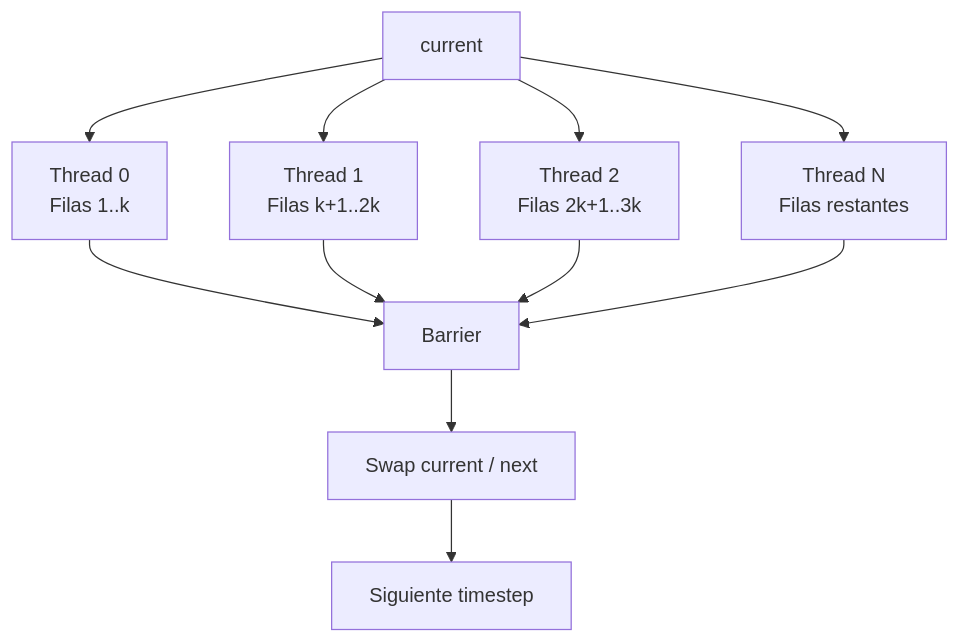
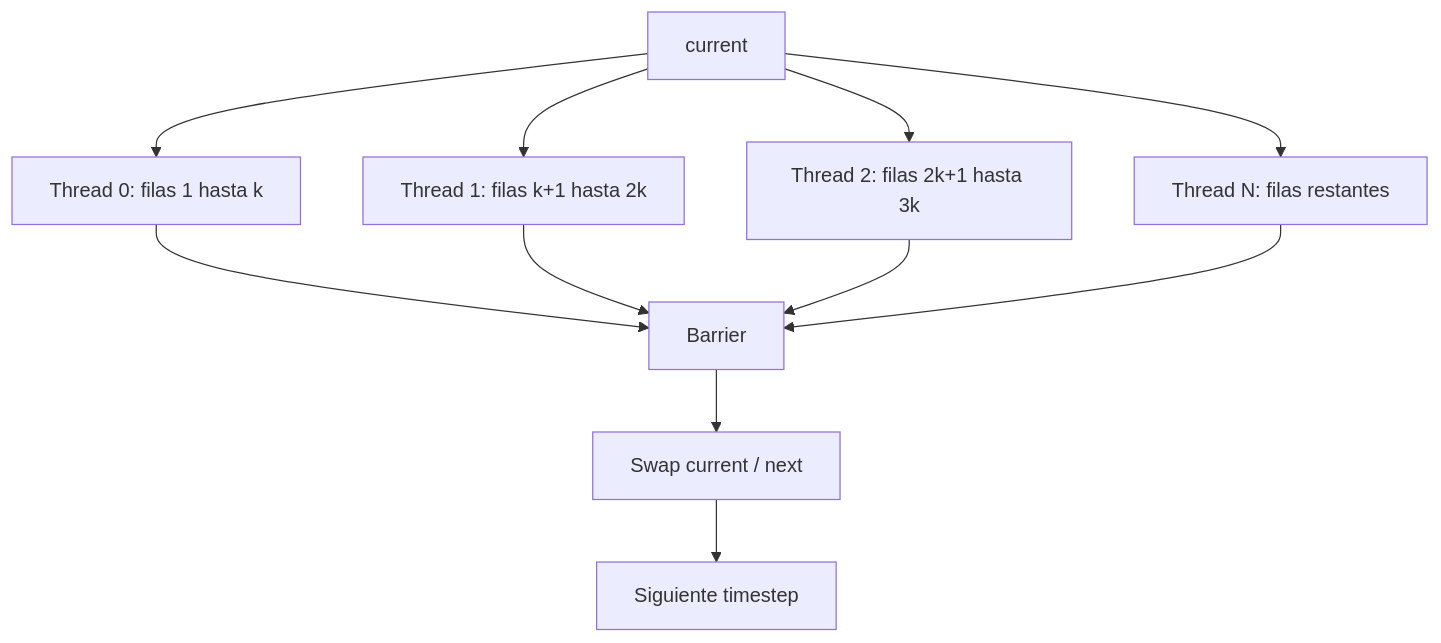
Before and after one commit to MauNav04/mnavarro_ymonge_echavarria_ffuchs_a2_2026_s2: the third of 3 diagrams in proyecto1/problems/heat2d/README.md, drawn with Mermaid. The commit also changed other lines of this file, not shown here.

````diff
--- a/proyecto1/problems/heat2d/README.md
+++ b/proyecto1/problems/heat2d/README.md
@@ -695,25 +639,17 @@
 ```mermaid
 flowchart TD
-
     A[current]
 
-    A --> B1[Thread 0<br/>Filas 1..k]
-
-    A --> B2[Thread 1<br/>Filas k+1..2k]
-
-    A --> B3[Thread 2<br/>Filas 2k+1..3k]
-
-    A --> B4[Thread N<br/>Filas restantes]
+    A --> B1[Thread 0: filas 1 hasta k]
+    A --> B2[Thread 1: filas k+1 hasta 2k]
+    A --> B3[Thread 2: filas 2k+1 hasta 3k]
+    A --> B4[Thread N: filas restantes]
 
     B1 --> C[Barrier]
-
     B2 --> C
-
     B3 --> C
-
     B4 --> C
 
     C --> D[Swap current / next]
-
     D --> E[Siguiente timestep]
 ```
````
